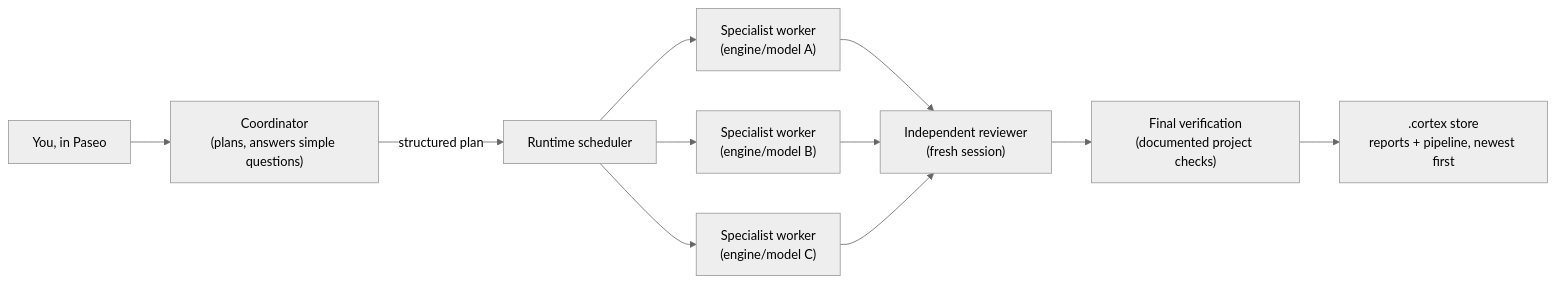
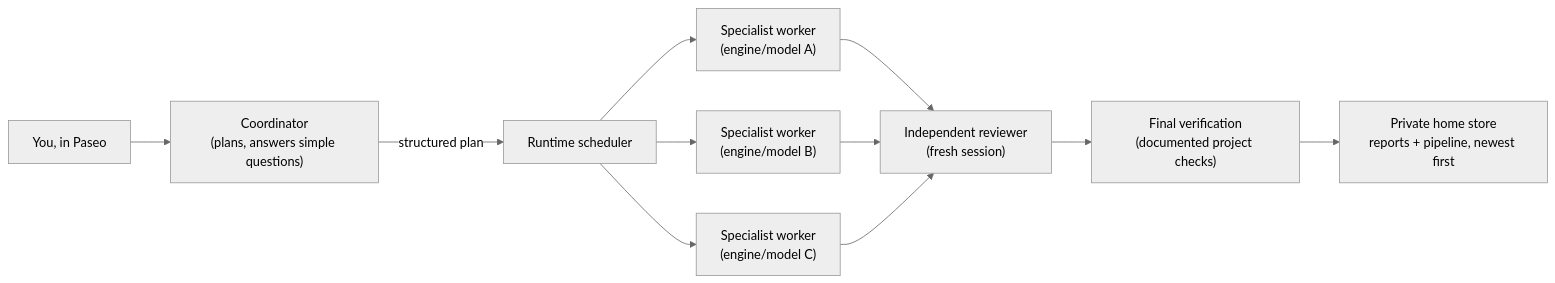
One commit to igovet/cortex-orch-acp changed the diagram in README.md. Above: the diagram before and after it, drawn with Mermaid (neutral theme). The commit also changed other lines of this file and 524 other files, not shown here.

````diff
--- a/README.md
+++ b/README.md
@@ -831,13 +891,13 @@
 ```mermaid
 flowchart LR
     U["You, in Paseo"] --> C["Coordinator\n(plans, answers simple questions)"]
     C -- "structured plan" --> S["Runtime scheduler"]
     S --> W1["Specialist worker\n(engine/model A)"]
     S --> W2["Specialist worker\n(engine/model B)"]
     S --> W3["Specialist worker\n(engine/model C)"]
     W1 --> RV["Independent reviewer\n(fresh session)"]
     W2 --> RV
     W3 --> RV
     RV --> VF["Final verification\n(documented project checks)"]
-    VF --> ST[".cortex store\nreports + pipeline, newest first"]
+    VF --> ST["Private home store\nreports + pipeline, newest first"]
 ```
````
